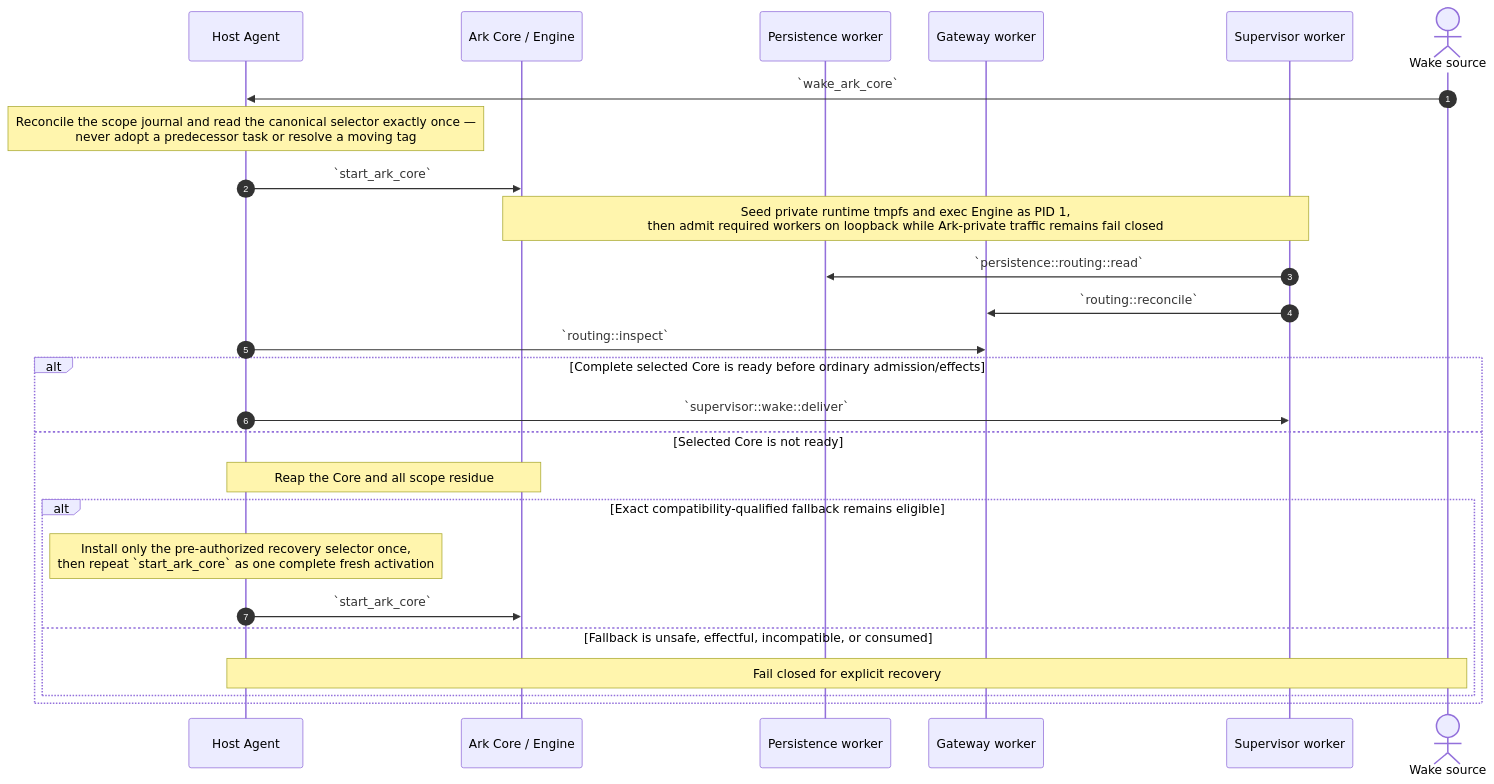
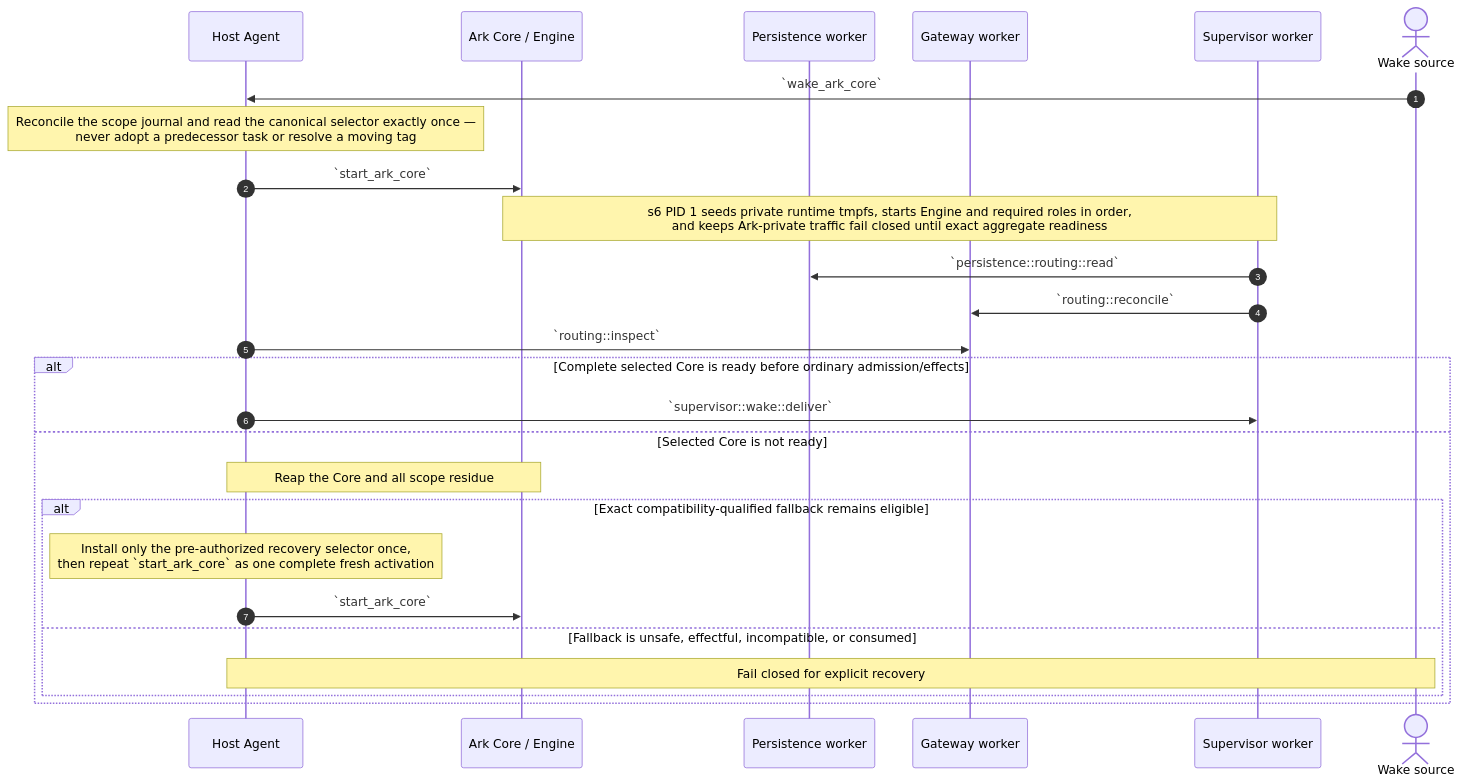
The third of 17 diagrams in source/chambers-lifecycle-sequences.md (dreamcatcher-tech/chambers-lifecycle-explorer), drawn with Mermaid before and after one commit. The commit also changed other lines of this file and 8 other files, not shown here.

Commit message:
Project s6 Ark Core lifecycle authority

````diff
--- a/source/chambers-lifecycle-sequences.md
+++ b/source/chambers-lifecycle-sequences.md
@@ -508,29 +520,29 @@
 ```mermaid
 sequenceDiagram
     autonumber
     participant HostAgent as Host Agent
     participant Core as Ark Core / Engine
     participant Persistence as Persistence worker
     participant Gateway as Gateway worker
     participant Supervisor as Supervisor worker
     actor Wake as Wake source
 
     Wake->>HostAgent: `wake_ark_core`
     Note over HostAgent: Reconcile the scope journal and read the canonical selector exactly once —<br/>never adopt a predecessor task or resolve a moving tag
     HostAgent->>Core: `start_ark_core`
-    Note over Core,Supervisor: Seed private runtime tmpfs and exec Engine as PID 1,<br/>then admit required workers on loopback while Ark-private traffic remains fail closed
+    Note over Core,Supervisor: s6 PID 1 seeds private runtime tmpfs, starts Engine and required roles in order,<br/>and keeps Ark-private traffic fail closed until exact aggregate readiness
     Supervisor->>Persistence: `persistence::routing::read`
     Supervisor->>Gateway: `routing::reconcile`
     HostAgent->>Gateway: `routing::inspect`
     alt Complete selected Core is ready before ordinary admission/effects
         HostAgent->>Supervisor: `supervisor::wake::deliver`
     else Selected Core is not ready
         Note over HostAgent,Core: Reap the Core and all scope residue
         alt Exact compatibility-qualified fallback remains eligible
             Note over HostAgent: Install only the pre-authorized recovery selector once,<br/>then repeat `start_ark_core` as one complete fresh activation
             HostAgent->>Core: `start_ark_core`
         else Fallback is unsafe, effectful, incompatible, or consumed
             Note over HostAgent,Wake: Fail closed for explicit recovery
         end
     end
 ```
````
